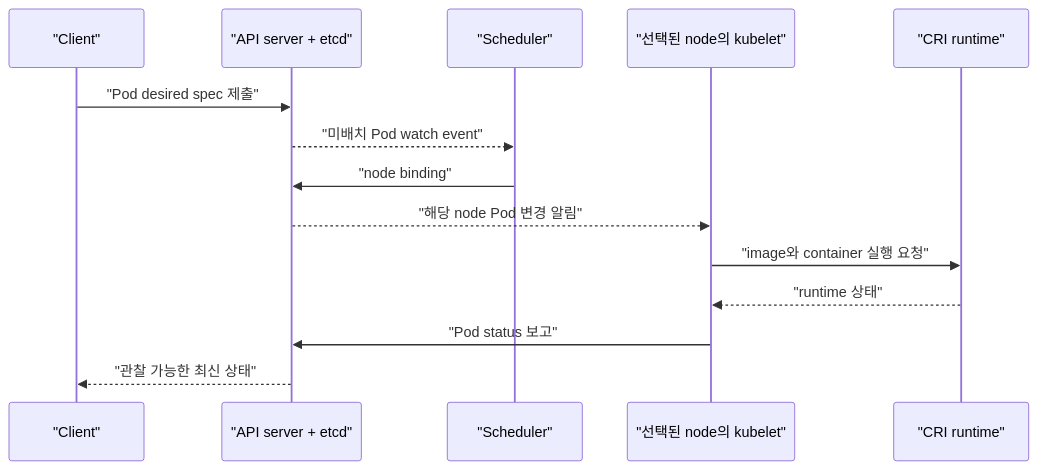
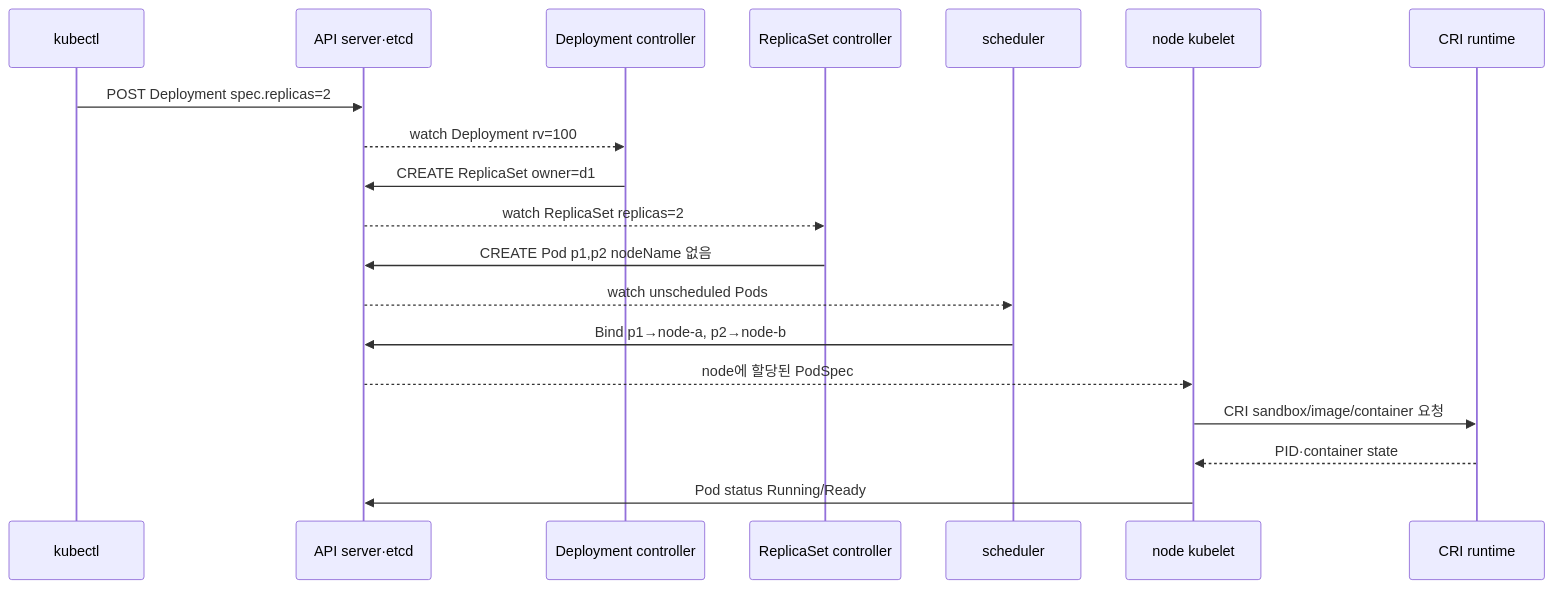
Before and after one commit to mj006648/netai-devsecops-runbook: the second of 2 diagrams in learning/kubernetes/02-architecture-and-reconciliation.md, drawn with Mermaid. The commit also changed other lines of this file and 165 other files, not shown here.

````diff
--- a/learning/kubernetes/02-architecture-and-reconciliation.md
+++ b/learning/kubernetes/02-architecture-and-reconciliation.md
@@ -110,16 +134,21 @@
 ```mermaid
 sequenceDiagram
-    participant U as "Client"
-    participant A as "API server + etcd"
-    participant S as "Scheduler"
-    participant K as "선택된 node의 kubelet"
-    participant R as "CRI runtime"
-    U->>A: "Pod desired spec 제출"
-    A-->>S: "미배치 Pod watch event"
-    S->>A: "node binding"
-    A-->>K: "해당 node Pod 변경 알림"
-    K->>R: "image와 container 실행 요청"
-    R-->>K: "runtime 상태"
-    K->>A: "Pod status 보고"
-    A-->>U: "관찰 가능한 최신 상태"
+    participant U as kubectl
+    participant A as API server·etcd
+    participant D as Deployment controller
+    participant R as ReplicaSet controller
+    participant S as scheduler
+    participant K as node kubelet
+    participant C as CRI runtime
+    U->>A: POST Deployment spec.replicas=2
+    A-->>D: watch Deployment rv=100
+    D->>A: CREATE ReplicaSet owner=d1
+    A-->>R: watch ReplicaSet replicas=2
+    R->>A: CREATE Pod p1,p2 nodeName 없음
+    A-->>S: watch unscheduled Pods
+    S->>A: Bind p1→node-a, p2→node-b
+    A-->>K: node에 할당된 PodSpec
+    K->>C: CRI sandbox/image/container 요청
+    C-->>K: PID·container state
+    K->>A: Pod status Running/Ready
 ```
````
